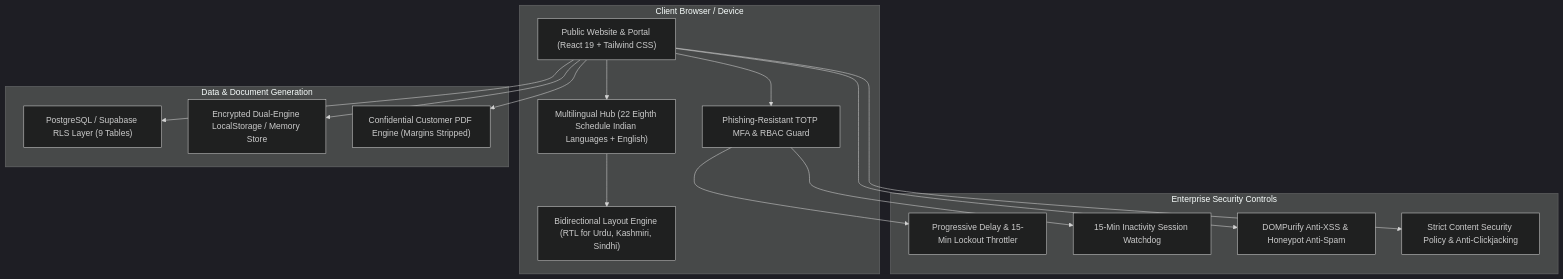
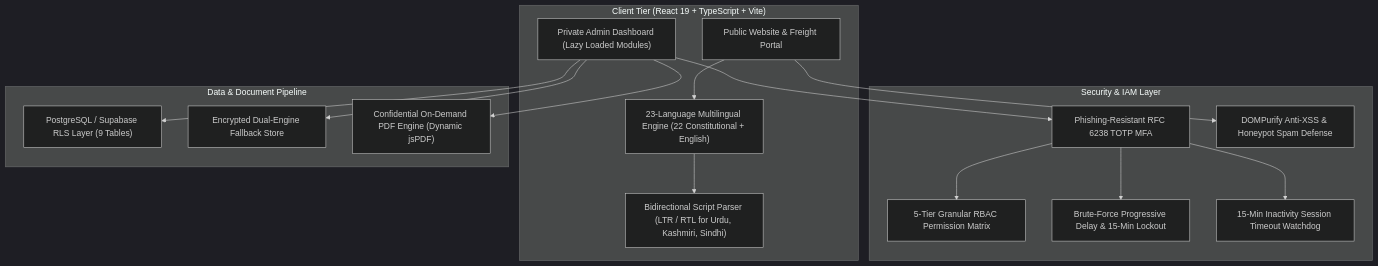
One commit to vedanshchamoli5/Vmove-logistics changed the diagram in README.md. Above: the diagram before and after it, drawn with Mermaid (dark theme). The commit also changed other lines of this file and 1 other file, not shown here.

Commit message:
docs: sanitize confidential data and upgrade README with executive engineering stamp

````diff
--- a/README.md
+++ b/README.md
@@ -64,33 +71,34 @@
 ```mermaid
 flowchart TD
-    subgraph Client["Client Browser / Device"]
-        UI["Public Website & Portal (React 19 + Tailwind CSS)"]
-        I18N["Multilingual Hub (22 Eighth Schedule Indian Languages + English)"]
-        RTL_ENG["Bidirectional Layout Engine (RTL for Urdu, Kashmiri, Sindhi)"]
-        AUTH_GUARD["Phishing-Resistant TOTP MFA & RBAC Guard"]
+    subgraph Client["Client Tier (React 19 + TypeScript + Vite)"]
+        UI["Public Website & Freight Portal"]
+        I18N["23-Language Multilingual Engine (22 Constitutional + English)"]
+        RTL_ENG["Bidirectional Script Parser (LTR / RTL for Urdu, Kashmiri, Sindhi)"]
+        ADMIN["Private Admin Dashboard (Lazy Loaded Modules)"]
     end
 
-    subgraph Security["Enterprise Security Controls"]
-        BRUTE["Progressive Delay & 15-Min Lockout Throttler"]
-        IDLE["15-Min Inactivity Session Watchdog"]
-        SANITIZE["DOMPurify Anti-XSS & Honeypot Anti-Spam"]
-        CSP["Strict Content Security Policy & Anti-Clickjacking"]
+    subgraph Security["Security & IAM Layer"]
+        AUTH_GUARD["Phishing-Resistant RFC 6238 TOTP MFA"]
+        RBAC["5-Tier Granular RBAC Permission Matrix"]
+        BRUTE["Brute-Force Progressive Delay & 15-Min Lockout"]
+        IDLE["15-Min Inactivity Session Timeout Watchdog"]
+        SANITIZE["DOMPurify Anti-XSS & Honeypot Spam Defense"]
     end
 
-    subgraph Storage["Data & Document Generation"]
+    subgraph Storage["Data & Document Pipeline"]
         DB["PostgreSQL / Supabase RLS Layer (9 Tables)"]
-        FALLBACK["Encrypted Dual-Engine LocalStorage / Memory Store"]
-        PDF["Confidential Customer PDF Engine (Margins Stripped)"]
+        MEM["Encrypted Dual-Engine Fallback Store"]
+        PDF["Confidential On-Demand PDF Engine (Dynamic jsPDF)"]
     end
 
     UI --> I18N
     I18N --> RTL_ENG
-    UI --> AUTH_GUARD
+    ADMIN --> AUTH_GUARD
+    AUTH_GUARD --> RBAC
     AUTH_GUARD --> BRUTE
     AUTH_GUARD --> IDLE
     UI --> SANITIZE
-    UI --> CSP
-    UI --> DB
-    UI --> FALLBACK
-    UI --> PDF
+    ADMIN --> DB
+    ADMIN --> MEM
+    ADMIN --> PDF
 ```
````
